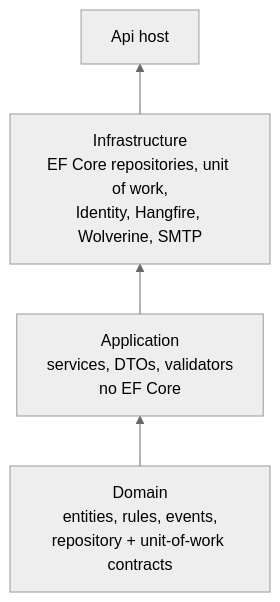
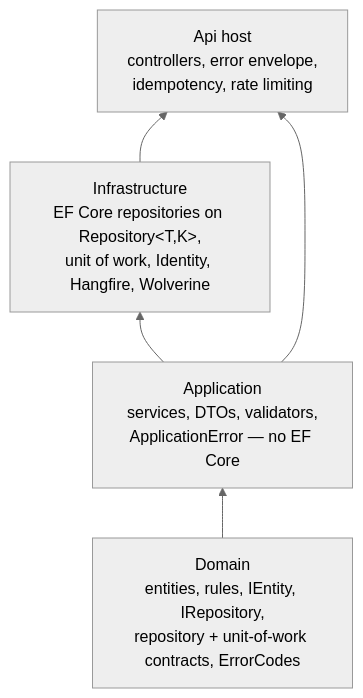
Before and after one commit to Mostafaa021/AppointmentScheduler: the third of 5 diagrams in docs/architecture.md, drawn with Mermaid (neutral theme). The commit also changed other lines of this file and 25 other files, not shown here.

First line of the commit message:
docs: requirement catalogues and per-feature architecture diagrams (plan 014 step B)

````diff
--- a/docs/architecture.md
+++ b/docs/architecture.md
@@ -18,6 +76,7 @@
 ```mermaid
 flowchart BT
-  D[Domain<br/>entities, rules, events,<br/>repository + unit-of-work contracts] --> AP[Application<br/>services, DTOs, validators<br/>no EF Core]
-  AP --> I[Infrastructure<br/>EF Core repositories, unit of work,<br/>Identity, Hangfire, Wolverine, SMTP]
-  I --> API[Api host]
+  D[Domain<br/>entities, rules, IEntity, IRepository,<br/>repository + unit-of-work contracts, ErrorCodes] --> AP[Application<br/>services, DTOs, validators,<br/>ApplicationError — no EF Core]
+  AP --> I[Infrastructure<br/>EF Core repositories on Repository&lt;T,K&gt;,<br/>unit of work, Identity, Hangfire, Wolverine]
+  I --> API[Api host<br/>controllers, error envelope,<br/>idempotency, rate limiting]
+  AP --> API
 ```
````
